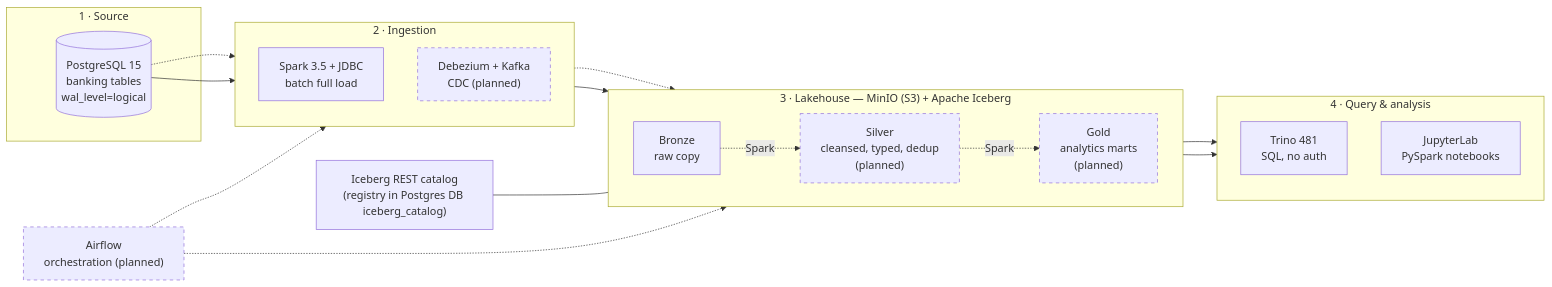
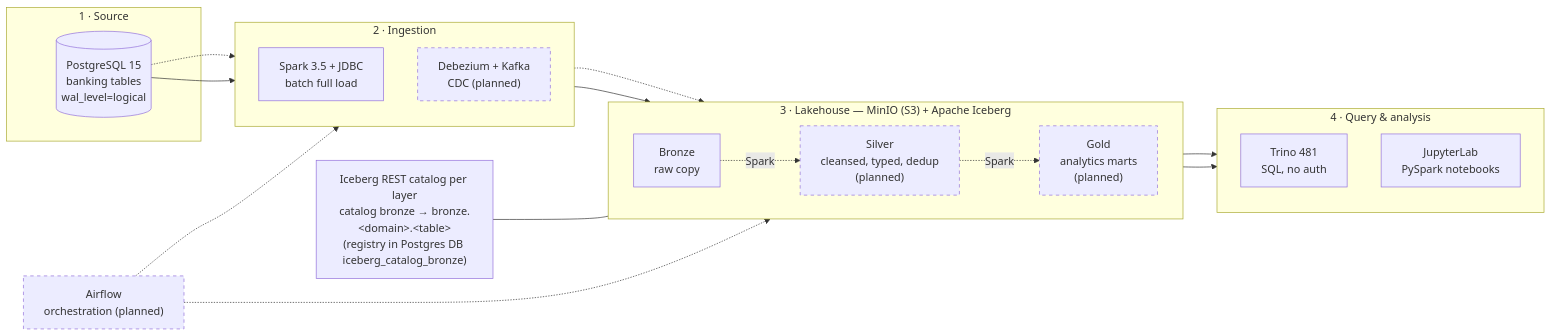
Before and after one commit to NgocDung1997/LakeHouse_Banking: the diagram in README.md, drawn with Mermaid. The commit also changed other lines of this file and 28 other files, not shown here.

````diff
--- a/README.md
+++ b/README.md
@@ -15,41 +15,41 @@
 ```mermaid
 flowchart LR
     subgraph SRC["1 · Source"]
         pg[("PostgreSQL 15<br/>banking tables<br/>wal_level=logical")]
     end
 
     subgraph ING["2 · Ingestion"]
         direction TB
         jdbc["Spark 3.5 + JDBC<br/>batch full load"]
         cdc["Debezium + Kafka<br/>CDC (planned)"]
     end
 
     subgraph LH["3 · Lakehouse — MinIO (S3) + Apache Iceberg"]
         direction LR
         brz["Bronze<br/>raw copy"]
         slv["Silver<br/>cleansed, typed, dedup<br/>(planned)"]
         gld["Gold<br/>analytics marts<br/>(planned)"]
         brz -.->|Spark| slv -.->|Spark| gld
     end
 
-    cat["Iceberg REST catalog<br/>(registry in Postgres DB iceberg_catalog)"]
+    cat["Iceberg REST catalog per layer<br/>catalog bronze → bronze.&lt;domain&gt;.&lt;table&gt;<br/>(registry in Postgres DB iceberg_catalog_bronze)"]
 
     subgraph SRV["4 · Query & analysis"]
         direction TB
         trino["Trino 481<br/>SQL, no auth"]
         jup["JupyterLab<br/>PySpark notebooks"]
     end
 
     orch["Airflow<br/>orchestration (planned)"]
 
     pg --> jdbc --> brz
     pg -.-> cdc -.-> slv
     cat --- LH
     LH --> trino
     LH --> jup
     orch -.-> ING
     orch -.-> LH
 
     classDef planned stroke-dasharray: 5 5
     class cdc,slv,gld,orch planned
 ```
````
